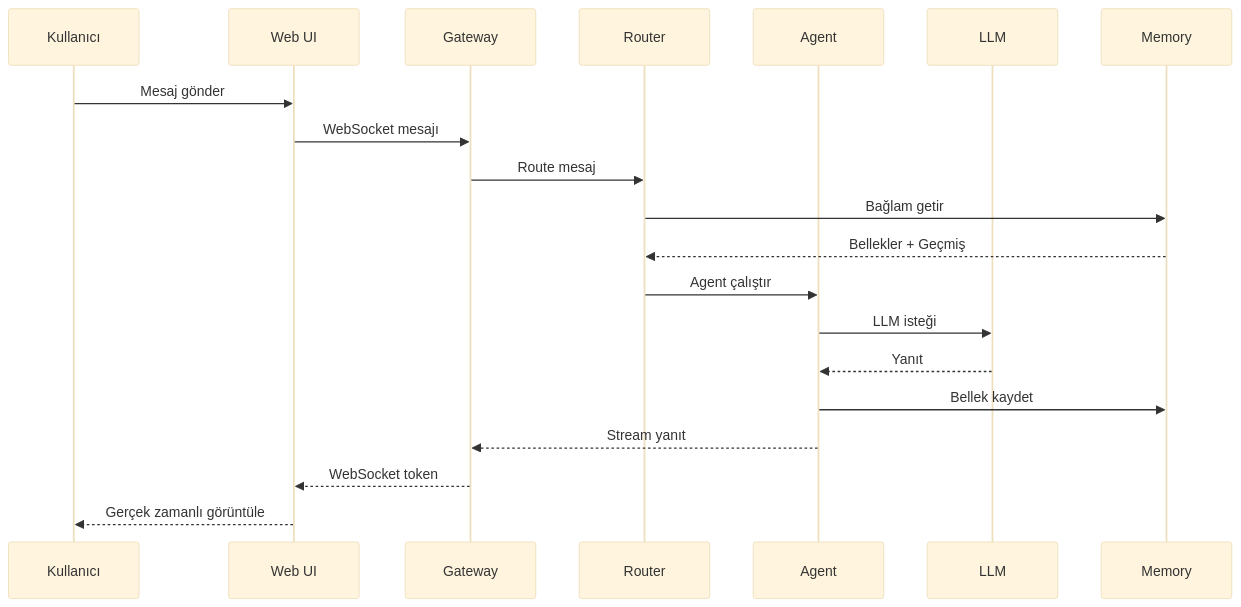
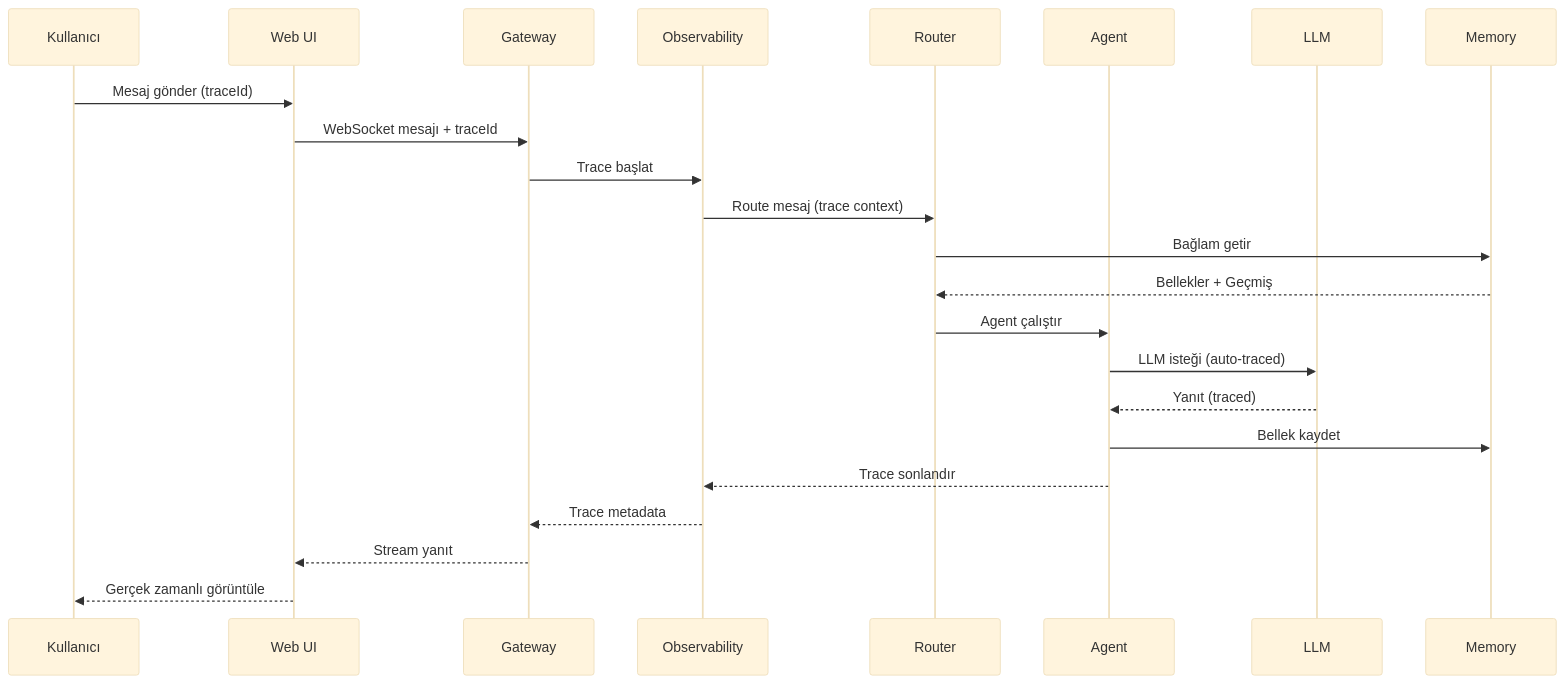
The second of 5 diagrams in PROJECT_MAP.md (Winterus20/PenceAI), drawn with Mermaid (base theme) before and after one commit. The commit also changed other lines of this file and 17 other files, not shown here.

````diff
--- a/PROJECT_MAP.md
+++ b/PROJECT_MAP.md
@@ -116,23 +116,26 @@
 ```mermaid
 sequenceDiagram
     participant U as Kullanıcı
     participant W as Web UI
     participant G as Gateway
+    participant O as Observability
     participant R as Router
     participant A as Agent
     participant L as LLM
     participant M as Memory
-    
-    U->>W: Mesaj gönder
-    W->>G: WebSocket mesajı
-    G->>R: Route mesaj
+
+    U->>W: Mesaj gönder (traceId)
+    W->>G: WebSocket mesajı + traceId
+    G->>O: Trace başlat
+    O->>R: Route mesaj (trace context)
     R->>M: Bağlam getir
     M-->>R: Bellekler + Geçmiş
     R->>A: Agent çalıştır
-    A->>L: LLM isteği
-    L-->>A: Yanıt
+    A->>L: LLM isteği (auto-traced)
+    L-->>A: Yanıt (traced)
     A->>M: Bellek kaydet
-    A-->>G: Stream yanıt
-    G-->>W: WebSocket token
+    A-->>O: Trace sonlandır
+    O-->>G: Trace metadata
+    G-->>W: Stream yanıt
     W-->>U: Gerçek zamanlı görüntüle
 ```
````
